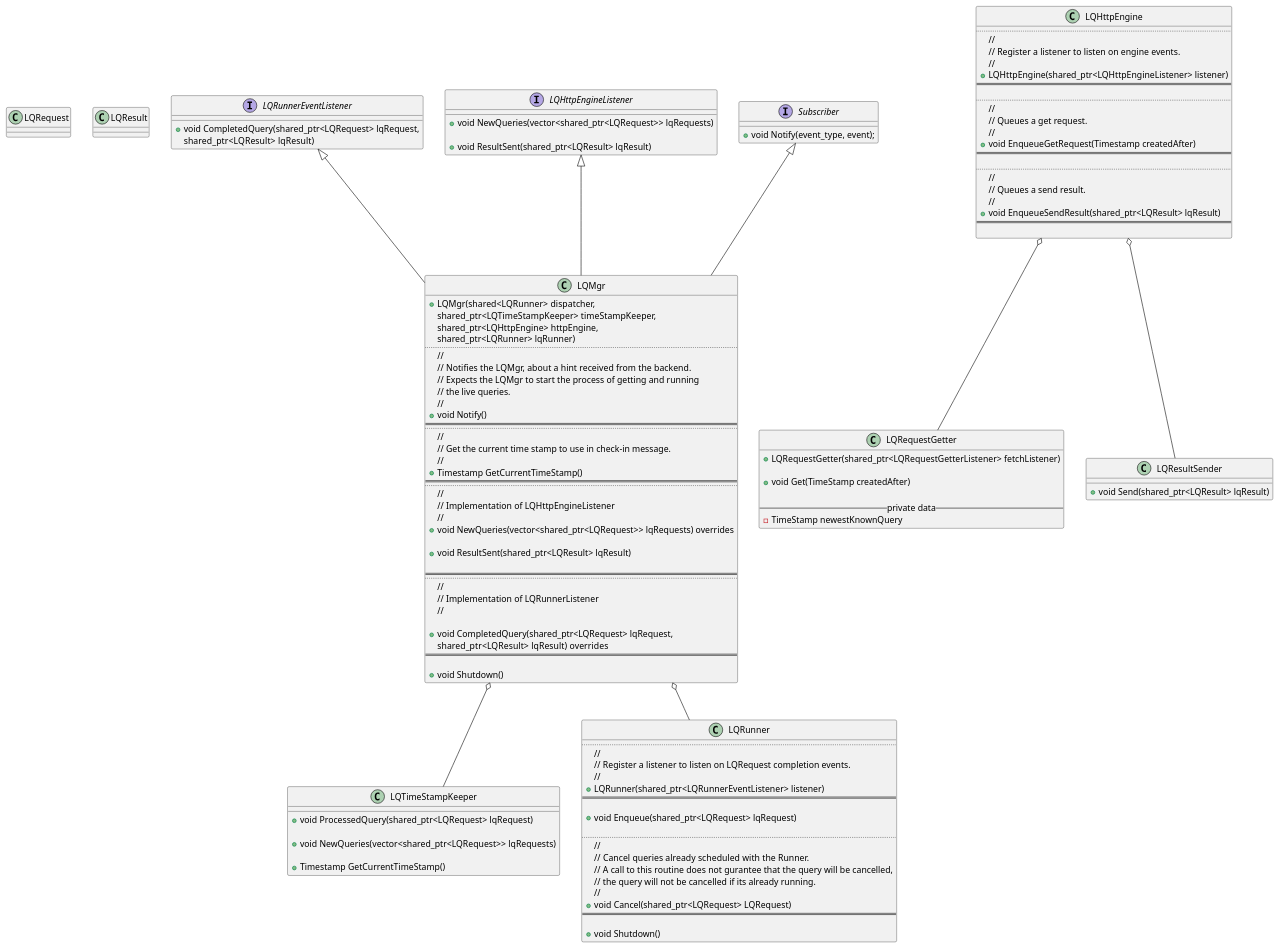
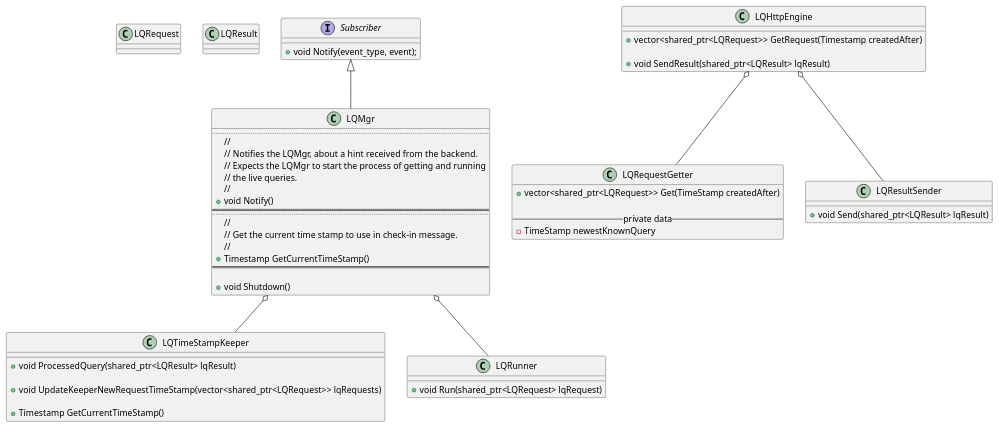
Before and after one commit to nmehta2002/exp: the diagram in cd_lq_sensor.puml, drawn with PlantUML. The commit also changed 2 other files, not shown here.

```diff
--- a/cd_lq_sensor.puml
+++ b/cd_lq_sensor.puml
@@ -1,157 +1,84 @@
 @startuml
 
 class LQRequest
 {
     
 }
 
 class LQResult
 {
 
 }
 
 class LQMgr
 {
-    + LQMgr(shared<LQRunner> dispatcher,
-            shared_ptr<LQTimeStampKeeper> timeStampKeeper,
-            shared_ptr<LQHttpEngine> httpEngine,
-            shared_ptr<LQRunner> lqRunner)
     ..
     //
     // Notifies the LQMgr, about a hint received from the backend.
     // Expects the LQMgr to start the process of getting and running
     // the live queries.
     //
     +void Notify()
     ==
     ..
     //
     // Get the current time stamp to use in check-in message.
     //
     +Timestamp GetCurrentTimeStamp()
     ==
-    ..
-    //
-    // Implementation of LQHttpEngineListener
-    //
-    +void NewQueries(vector<shared_ptr<LQRequest>> lqRequests) overrides
-
-    +void ResultSent(shared_ptr<LQResult> lqResult)
-
-    ==
-    ..
-    //
-    // Implementation of LQRunnerListener
-    //
-
-    +void CompletedQuery(shared_ptr<LQRequest> lqRequest,
-                         shared_ptr<LQResult>  lqResult) overrides
-    ==
 
     +void Shutdown()
 }
 
 
 class LQTimeStampKeeper
 {
-    +void ProcessedQuery(shared_ptr<LQRequest> lqRequest)
+    +void ProcessedQuery(shared_ptr<LQResult> lqResult)
 
-    +void NewQueries(vector<shared_ptr<LQRequest>> lqRequests)
+    +void UpdateKeeperNewRequestTimeStamp(vector<shared_ptr<LQRequest>> lqRequests)
 
     +Timestamp GetCurrentTimeStamp()
-}
-
-interface LQRunnerEventListener
-{
-    +void CompletedQuery(shared_ptr<LQRequest> lqRequest,
-                    shared_ptr<LQResult>  lqResult)
 }
 
 
 class LQRequestGetter
 {
-    +LQRequestGetter(shared_ptr<LQRequestGetterListener> fetchListener)
-
-    +void Get(TimeStamp createdAfter)
+    +vector<shared_ptr<LQRequest>> Get(TimeStamp createdAfter)
 
     -- private data --
      - TimeStamp newestKnownQuery
 }
 
 
 class LQRunner
 {
-    ..
-    //
-    // Register a listener to listen on LQRequest completion events.
-    //
-    +LQRunner(shared_ptr<LQRunnerEventListener> listener)
-    ==
-
-    +void Enqueue(shared_ptr<LQRequest> lqRequest)
-
-    ..
-    //
-    // Cancel queries already scheduled with the Runner.
-    // A call to this routine does not gurantee that the query will be cancelled,
-    // the query will not be cancelled if its already running.
-    //
-    +void Cancel(shared_ptr<LQRequest> LQRequest)
-    ==
-
-    +void Shutdown()
-}
-
-interface LQHttpEngineListener
-{
-    +void NewQueries(vector<shared_ptr<LQRequest>> lqRequests)
-
-    +void ResultSent(shared_ptr<LQResult> lqResult)
+    +void Run(shared_ptr<LQRequest> lqRequest)
 }
 
 class LQHttpEngine
 {
-    ..
-    //
-    // Register a listener to listen on engine events.
-    //
-    +LQHttpEngine(shared_ptr<LQHttpEngineListener> listener)
-    ==
+    +vector<shared_ptr<LQRequest>> GetRequest(Timestamp createdAfter)
 
-    ..
-    //
-    // Queues a get request.
-    //
-    +void EnqueueGetRequest(Timestamp createdAfter)
-    ==
-
-    ..
-    //
-    // Queues a send result.
-    //
-    +void EnqueueSendResult(shared_ptr<LQResult> lqResult)
-    ==
-
+    +void SendResult(shared_ptr<LQResult> lqResult)
 }
 
 class LQResultSender
 {
     +void Send(shared_ptr<LQResult> lqResult)
 }
 
 interface Subscriber
 {
     +void Notify(event_type, event);
 }
 
-LQHttpEngineListener <|-- LQMgr
-LQRunnerEventListener <|-- LQMgr
+
 Subscriber <|-- LQMgr
 
 LQMgr o-- LQTimeStampKeeper
 LQMgr o-- LQRunner
 LQHttpEngine o-- LQRequestGetter
 LQHttpEngine o-- LQResultSender
 
 
 @enduml
```
